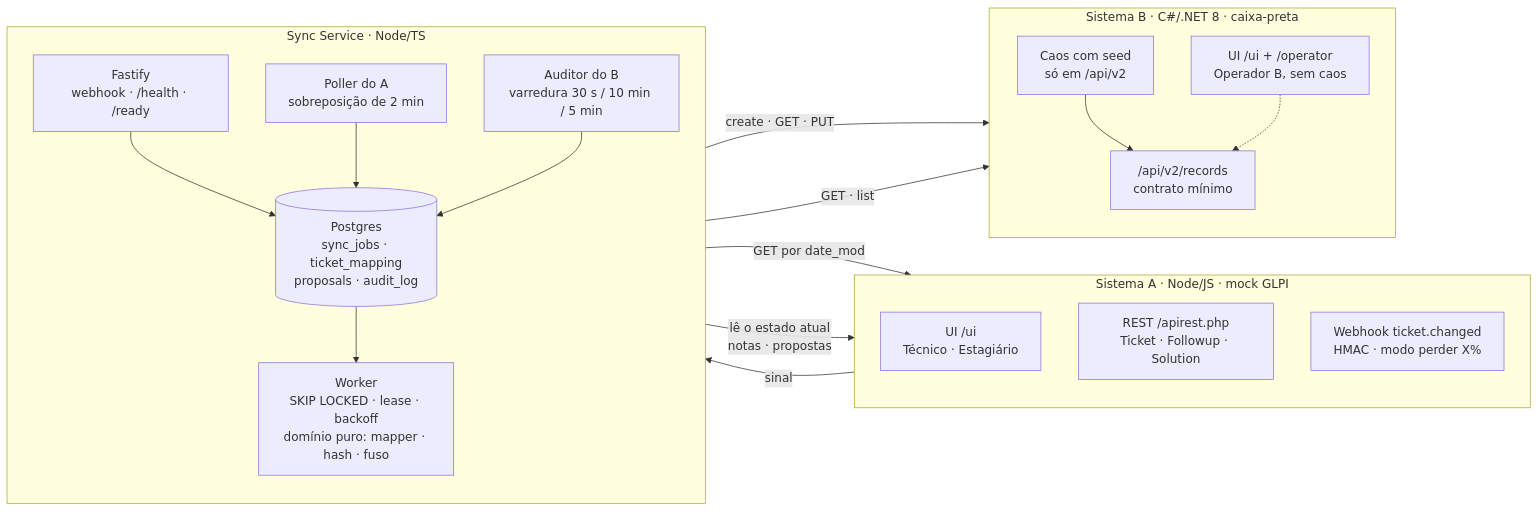
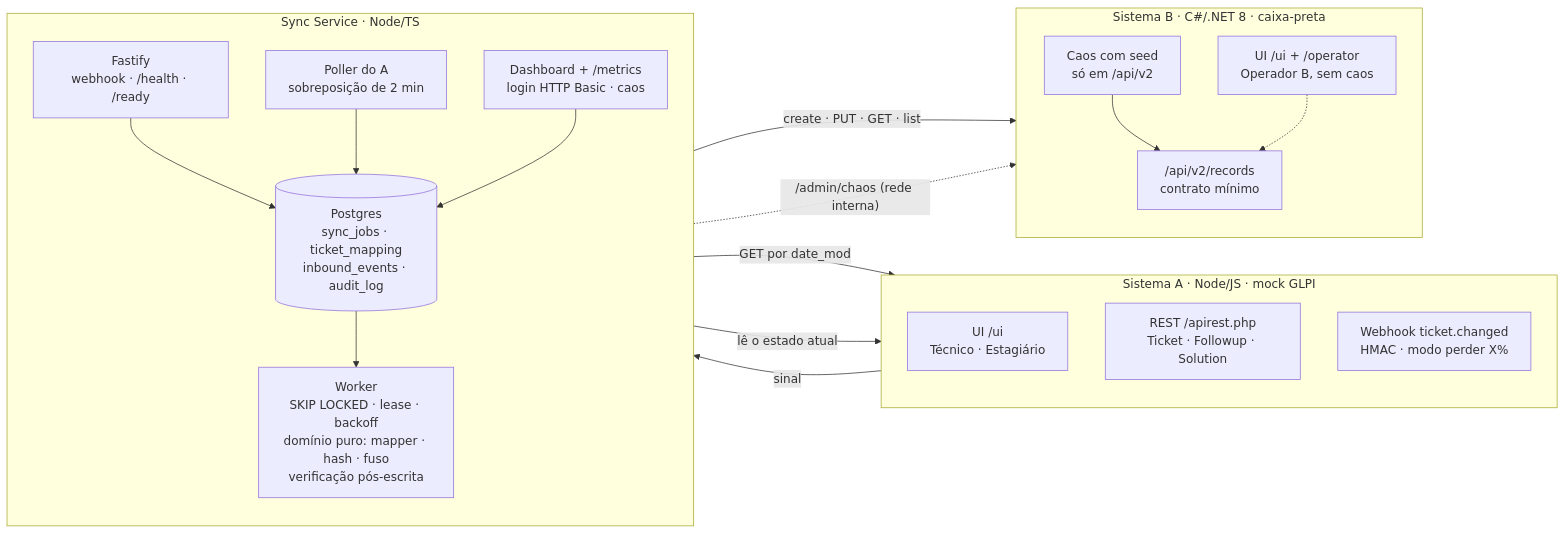
Before and after one commit to BossBurgues/desafiotecCyberCorp: the first of 8 diagrams in docs/architecture.md, drawn with Mermaid. The commit also changed other lines of this file, not shown here.

First line of the commit message:
docs: architecture com o escopo entregue (um ambiente, sem auditor, B → A como desenho)

````diff
--- a/docs/architecture.md
+++ b/docs/architecture.md
@@ -7,37 +7,37 @@
 ```mermaid
 flowchart LR
   subgraph A["Sistema A · Node/JS · mock GLPI"]
     direction TB
     A_UI["UI /ui<br/>Técnico · Estagiário"]
     A_API["REST /apirest.php<br/>Ticket · Followup · Solution"]
     A_WH["Webhook ticket.changed<br/>HMAC · modo perder X%"]
   end
 
   subgraph S["Sync Service · Node/TS"]
     direction TB
     HTTP["Fastify<br/>webhook · /health · /ready"]
     POLL["Poller do A<br/>sobreposição de 2 min"]
-    W["Worker<br/>SKIP LOCKED · lease · backoff<br/>domínio puro: mapper · hash · fuso"]
-    AUD["Auditor do B<br/>varredura 30 s / 10 min / 5 min"]
-    PG[("Postgres<br/>sync_jobs · ticket_mapping<br/>proposals · audit_log")]
+    W["Worker<br/>SKIP LOCKED · lease · backoff<br/>domínio puro: mapper · hash · fuso<br/>verificação pós-escrita"]
+    DASH["Dashboard + /metrics<br/>login HTTP Basic · caos"]
+    PG[("Postgres<br/>sync_jobs · ticket_mapping<br/>inbound_events · audit_log")]
   end
 
   subgraph B["Sistema B · C#/.NET 8 · caixa-preta"]
     direction TB
     CHAOS["Caos com seed<br/>só em /api/v2"]
     B_API["/api/v2/records<br/>contrato mínimo"]
     B_OP["UI /ui + /operator<br/>Operador B, sem caos"]
   end
 
   A_WH -- "sinal" --> HTTP
   POLL -- "GET por date_mod" --> A_API
   HTTP --> PG
   POLL --> PG
   PG --> W
-  W -- "lê o estado atual<br/>notas · propostas" --> A_API
-  W -- "create · GET · PUT" --> CHAOS
-  AUD -- "GET · list" --> CHAOS
-  AUD --> PG
+  W -- "lê o estado atual" --> A_API
+  W -- "create · PUT · GET · list" --> CHAOS
+  DASH --> PG
+  DASH -. "/admin/chaos (rede interna)" .-> B_API
   CHAOS --> B_API
   B_OP -.-> B_API
 ```
````
